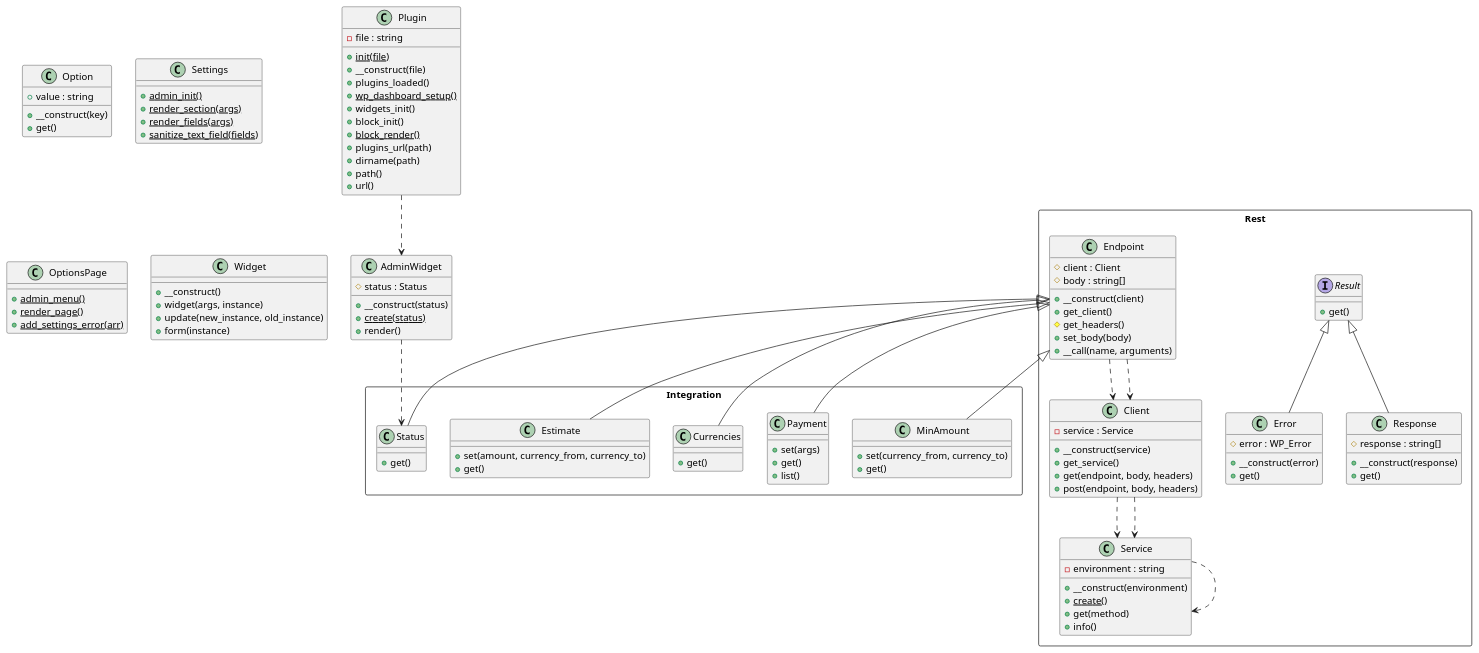
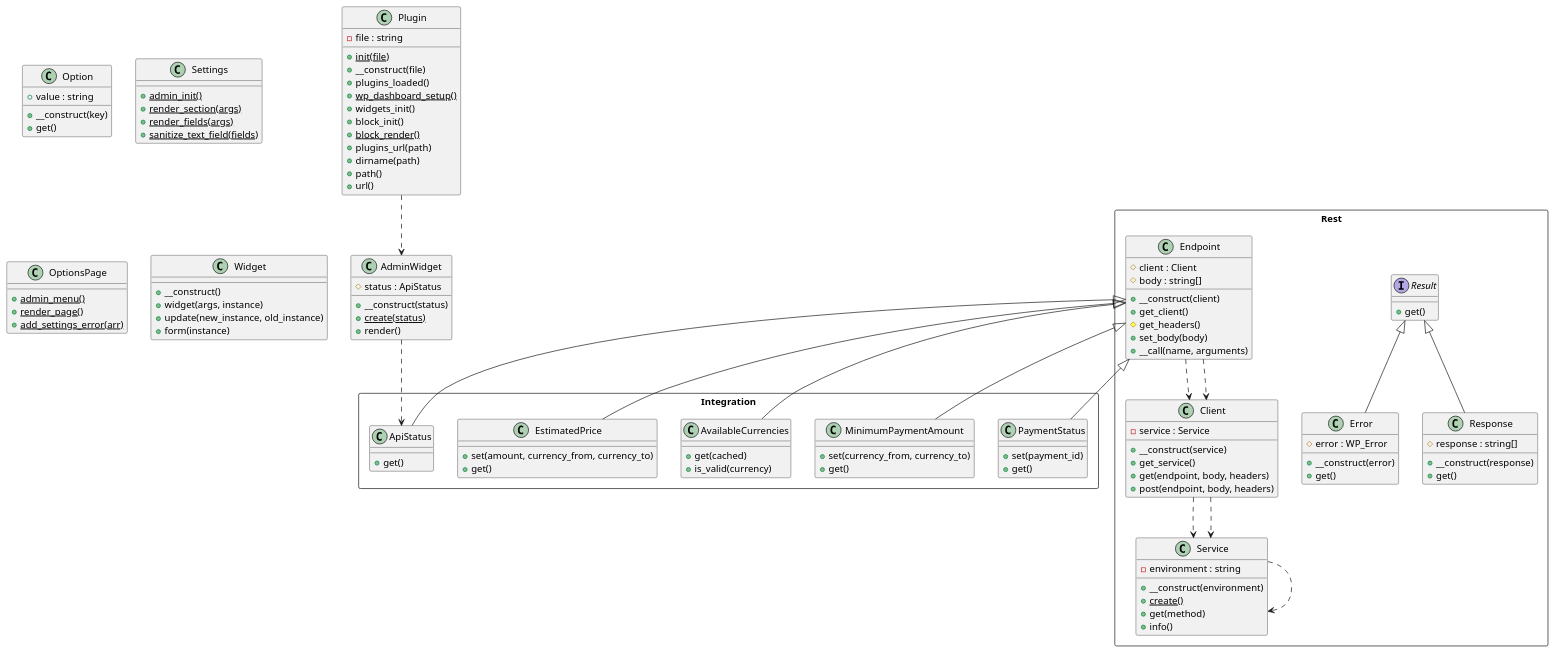
The diagram in plantuml_gist.puml (lloc/wp-nowpayments-integration), drawn with PlantUML before and after one commit.

Commit message:
Diagram updated

```diff
--- a/plantuml_gist.puml
+++ b/plantuml_gist.puml
@@ -1,117 +1,117 @@
 @startuml class-diagram
   class Option {
     +value : string
     +__construct(key)
     +get()
   }
   class Settings {
     {static} +admin_init()
     {static} +render_section(args)
     {static} +render_fields(args)
     {static} +sanitize_text_field(fields)
   }
   class Plugin {
     -file : string
     {static} +init(file)
     +__construct(file)
     +plugins_loaded()
     {static} +wp_dashboard_setup()
     +widgets_init()
     +block_init()
     {static} +block_render()
     +plugins_url(path)
     +dirname(path)
     +path()
     +url()
   }
   class AdminWidget {
-    #status : Status
+    #status : ApiStatus
     +__construct(status)
     {static} +create(status)
     +render()
   }
   class OptionsPage {
     {static} +admin_menu()
     {static} +render_page()
     {static} +add_settings_error(arr)
   }
   class Widget {
     +__construct()
     +widget(args, instance)
     +update(new_instance, old_instance)
     +form(instance)
   }
   package Integration as Integration <<Rectangle>> {
-    class Integration.Status {
+    class Integration.ApiStatus {
       +get()
     }
-    class Integration.Payment {
-      +set(args)
-      +get()
-      +list()
-    }
-    class Integration.Currencies {
+    class Integration.MinimumPaymentAmount {
+      +set(currency_from, currency_to)
       +get()
     }
-    class Integration.Estimate {
+    class Integration.AvailableCurrencies {
+      +get(cached)
+      +is_valid(currency)
+    }
+    class Integration.EstimatedPrice {
       +set(amount, currency_from, currency_to)
       +get()
     }
-    class Integration.MinAmount {
-      +set(currency_from, currency_to)
+    class Integration.PaymentStatus {
+      +set(payment_id)
       +get()
     }
   }
   package Rest as Rest <<Rectangle>> {
     interface Rest.Result {
       +get()
     }
     class Rest.Error {
       #error : WP_Error
       +__construct(error)
       +get()
     }
     class Rest.Service {
       -environment : string
       +__construct(environment)
       {static} +create()
       +get(method)
       +info()
     }
     class Rest.Client {
       -service : Service
       +__construct(service)
       +get_service()
       +get(endpoint, body, headers)
       +post(endpoint, body, headers)
     }
     class Rest.Response {
       #response : string[]
       +__construct(response)
       +get()
     }
     class Rest.Endpoint {
       #client : Client
       #body : string[]
       +__construct(client)
       +get_client()
       #get_headers()
       +set_body(body)
       +__call(name, arguments)
     }
   }
-  AdminWidget ..> Integration.Status
+  AdminWidget ..> Integration.ApiStatus
   Plugin ..> AdminWidget
   Rest.Client ..> Rest.Service
   Rest.Client ..> Rest.Service
   Rest.Endpoint ..> Rest.Client
   Rest.Endpoint ..> Rest.Client
-  Rest.Endpoint <|-- Integration.Currencies
-  Rest.Endpoint <|-- Integration.Estimate
-  Rest.Endpoint <|-- Integration.MinAmount
-  Rest.Endpoint <|-- Integration.Payment
-  Rest.Endpoint <|-- Integration.Status
+  Rest.Endpoint <|-- Integration.ApiStatus
+  Rest.Endpoint <|-- Integration.AvailableCurrencies
+  Rest.Endpoint <|-- Integration.EstimatedPrice
+  Rest.Endpoint <|-- Integration.MinimumPaymentAmount
+  Rest.Endpoint <|-- Integration.PaymentStatus
   Rest.Result <|-- Rest.Error
   Rest.Result <|-- Rest.Response
   Rest.Service ..> Rest.Service
 @enduml
```
